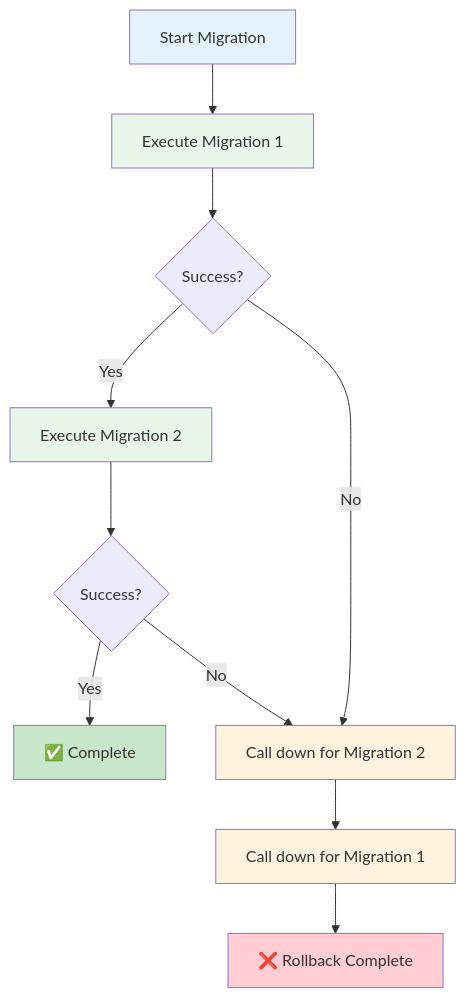
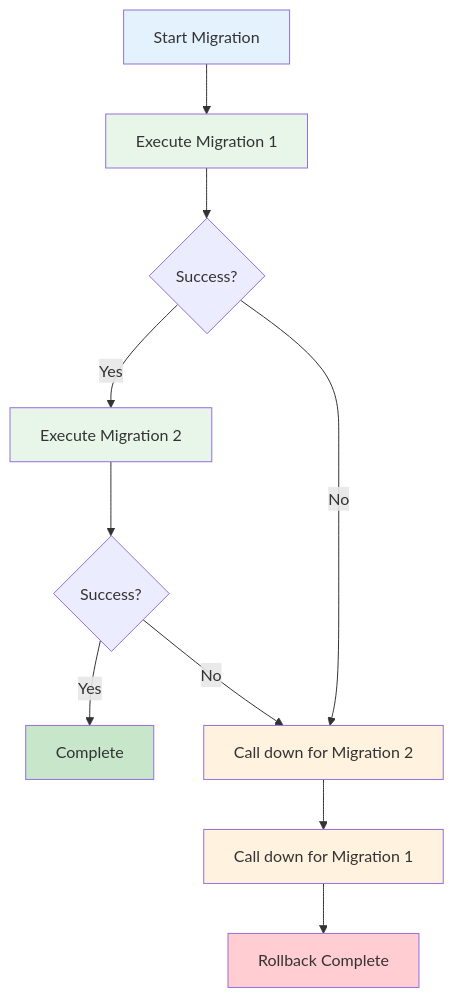
The second of 3 diagrams in docs/configuration/rollback-settings.md (vlavrynovych/msr), drawn with Mermaid before and after one commit. The commit also changed other lines of this file and 6 other files, not shown here.

First line of the commit message:
#64: Fix Mermaid diagram syntax for version 9.1.3 compatibility

````diff
--- a/docs/configuration/rollback-settings.md
+++ b/docs/configuration/rollback-settings.md
@@ -110,20 +110,20 @@
 ```mermaid
 graph TD
     A[Start Migration] --> B[Execute Migration 1]
     B --> C{Success?}
     C -->|Yes| D[Execute Migration 2]
     D --> E{Success?}
-    E -->|Yes| F[✅ Complete]
+    E -->|Yes| F[Complete]
     E -->|No| G[Call down for Migration 2]
     C -->|No| G
     G --> H[Call down for Migration 1]
-    H --> I[❌ Rollback Complete]
+    H --> I[Rollback Complete]
 
     style A fill:#e3f2fd
     style B fill:#e8f5e9
     style D fill:#e8f5e9
     style F fill:#c8e6c9
     style G fill:#fff3e0
     style H fill:#fff3e0
     style I fill:#ffcdd2
 ```
````
